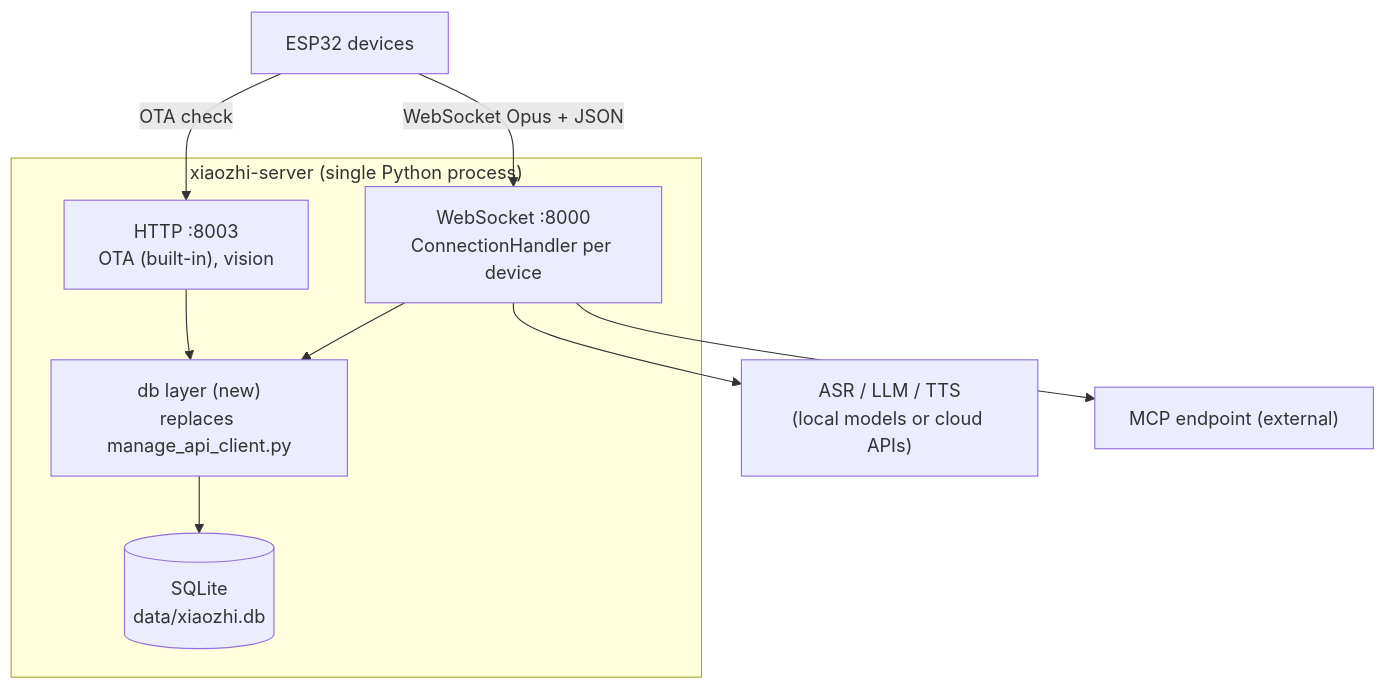
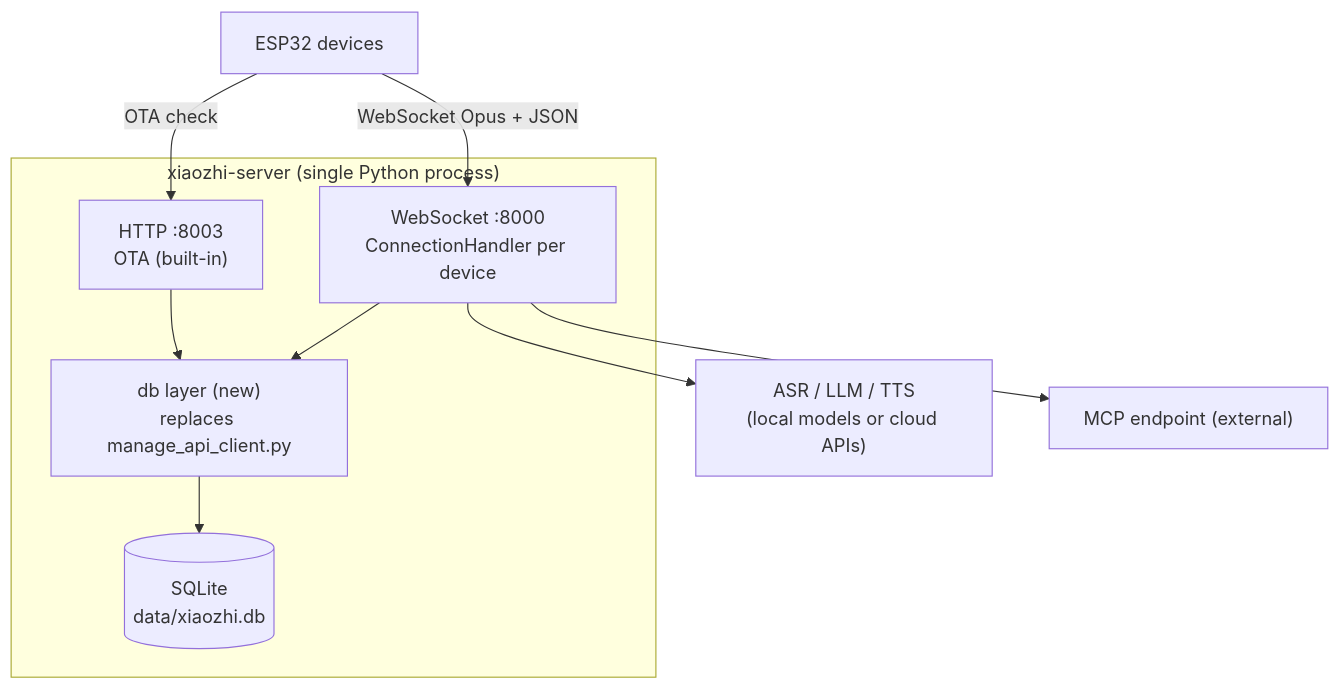
Before and after one commit to nguyentoanthang/xiaozhi-esp32-server_vn: the diagram in docs/minimal-server-design.md, drawn with Mermaid. The commit also changed other lines of this file and 98 other files, not shown here.

````diff
--- a/docs/minimal-server-design.md
+++ b/docs/minimal-server-design.md
@@ -85,20 +85,20 @@
 ```mermaid
 flowchart TB
     DEV["ESP32 devices"]
     subgraph Server["xiaozhi-server (single Python process)"]
-        OTA["HTTP :8003<br/>OTA (built-in), vision"]
+        OTA["HTTP :8003<br/>OTA (built-in)"]
         WS["WebSocket :8000<br/>ConnectionHandler per device"]
         DAL["db layer (new)<br/>replaces manage_api_client.py"]
         DB[("SQLite<br/>data/xiaozhi.db")]
         WS --> DAL
         OTA --> DAL
         DAL --> DB
     end
     AI["ASR / LLM / TTS<br/>(local models or cloud APIs)"]
     MCP["MCP endpoint (external)"]
 
     DEV -->|OTA check| OTA
     DEV -->|WebSocket Opus + JSON| WS
     WS --> AI
     WS --> MCP
 ```
````
